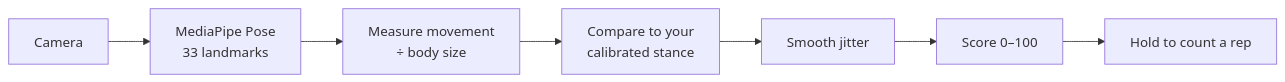
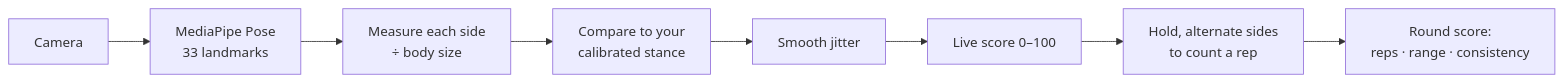
One commit to advikaaaaa/stepalong changed the diagram in README.md. Above: the diagram before and after it, drawn with Mermaid. The commit also changed other lines of this file and 6 other files, not shown here.

````diff
--- a/README.md
+++ b/README.md
@@ -72,9 +79,10 @@
 ```mermaid
 flowchart LR
     A[Camera] --> B[MediaPipe Pose<br/>33 landmarks]
-    B --> C[Measure movement<br/>÷ body size]
+    B --> C[Measure each side<br/>÷ body size]
     C --> D[Compare to your<br/>calibrated stance]
     D --> E[Smooth jitter]
-    E --> F[Score 0–100]
-    F --> G[Hold to count a rep]
+    E --> F[Live score 0–100]
+    F --> G[Hold, alternate sides<br/>to count a rep]
+    G --> H[Round score:<br/>reps · range · consistency]
 ```
````
